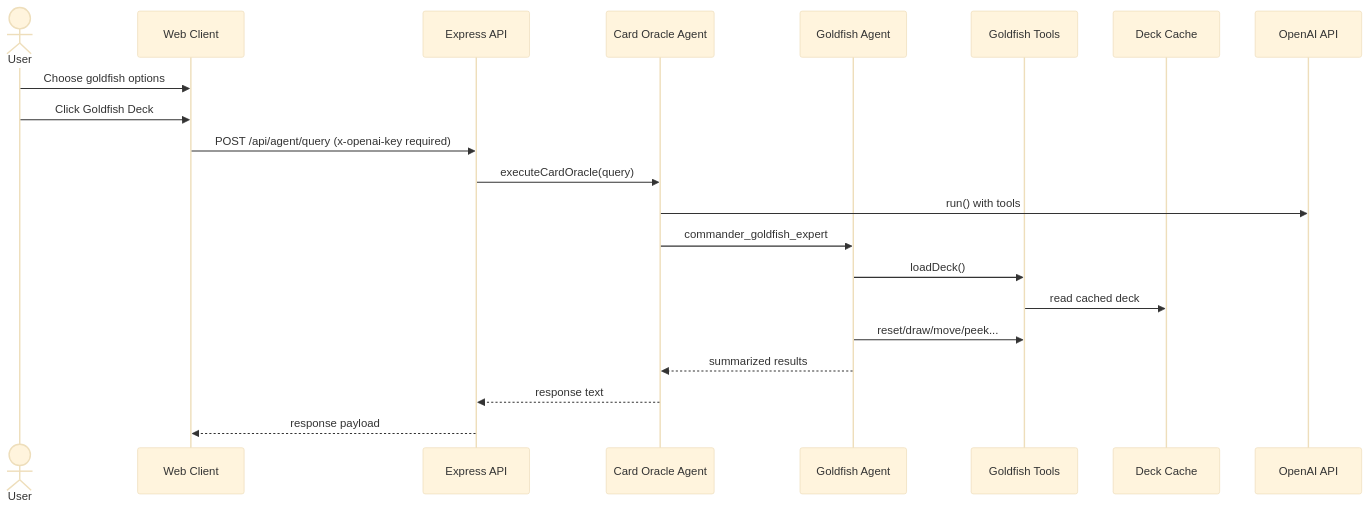
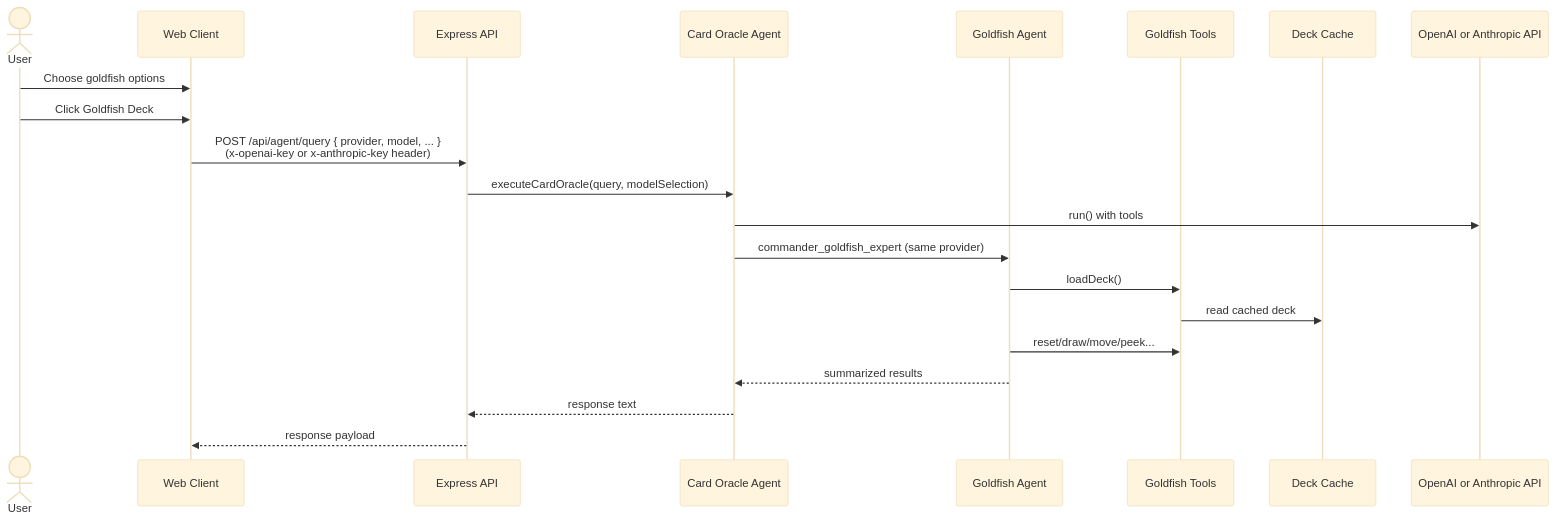
One commit to dougsaus/before-that-resolves changed the second of 3 diagrams in docs/interaction.md. Above: the diagram before and after it, drawn with Mermaid (base theme). The commit also changed other lines of this file and 26 other files, not shown here.

First line of the commit message:
Add Anthropic Claude provider support alongside OpenAI

````diff
--- a/docs/interaction.md
+++ b/docs/interaction.md
@@ -43,24 +43,24 @@
 ```mermaid
 sequenceDiagram
   actor User
   participant UI as Web Client
   participant API as Express API
   participant Agent as Card Oracle Agent
   participant SubAgent as Goldfish Agent
   participant Tools as Goldfish Tools
   participant Deck as Deck Cache
-  participant OpenAI as OpenAI API
+  participant LLM as OpenAI or Anthropic API
 
   User->>UI: Choose goldfish options
   User->>UI: Click Goldfish Deck
-  UI->>API: POST /api/agent/query (x-openai-key required)
-  API->>Agent: executeCardOracle(query)
-  Agent->>OpenAI: run() with tools
-  Agent->>SubAgent: commander_goldfish_expert
+  UI->>API: POST /api/agent/query { provider, model, ... }<br/>(x-openai-key or x-anthropic-key header)
+  API->>Agent: executeCardOracle(query, modelSelection)
+  Agent->>LLM: run() with tools
+  Agent->>SubAgent: commander_goldfish_expert (same provider)
   SubAgent->>Tools: loadDeck()
   Tools->>Deck: read cached deck
   SubAgent->>Tools: reset/draw/move/peek...
   SubAgent-->>Agent: summarized results
   Agent-->>API: response text
   API-->>UI: response payload
 ```
````
